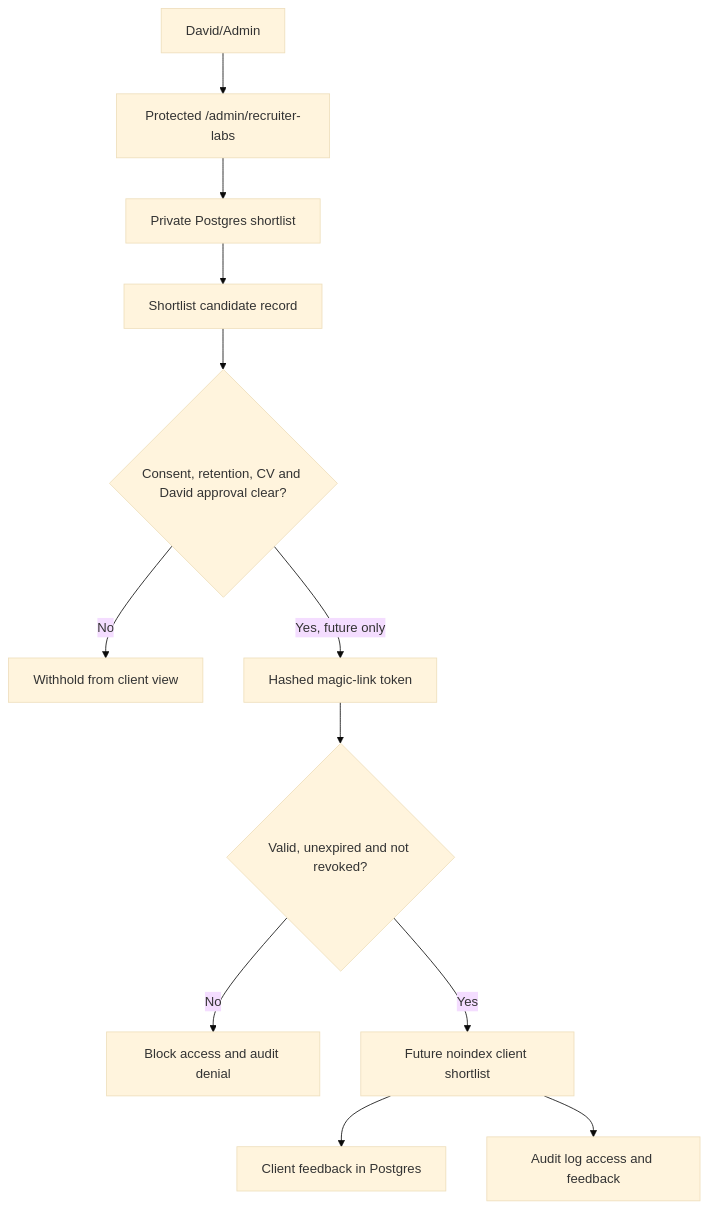
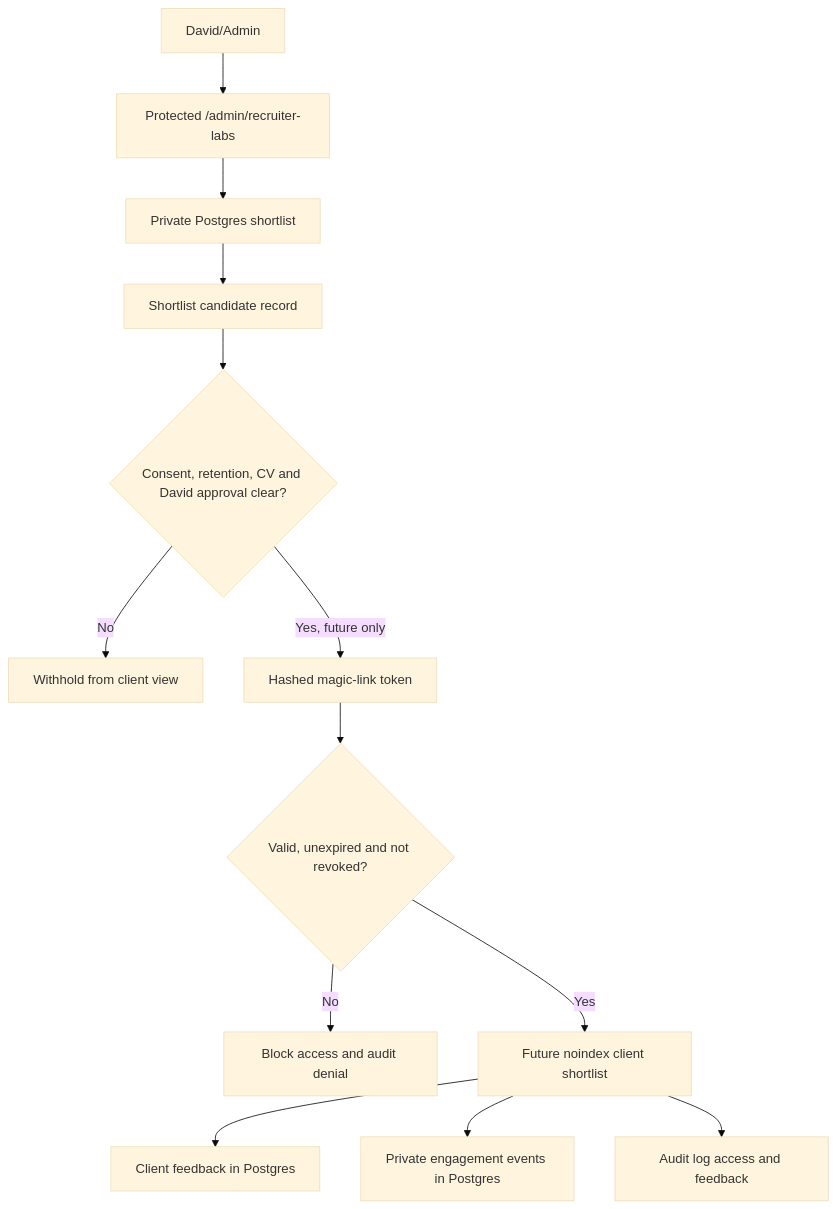
One commit to dwalsh8716-collab/Jobstodoincodex changed the diagram in docs/recruiter-labs-client-pipeline-launch-gate.md. Above: the diagram before and after it, drawn with Mermaid (base theme). The commit also changed other lines of this file and 16 other files, not shown here.

````diff
--- a/docs/recruiter-labs-client-pipeline-launch-gate.md
+++ b/docs/recruiter-labs-client-pipeline-launch-gate.md
@@ -147,14 +149,15 @@
 ```mermaid
 flowchart TD
   A["David/Admin"] --> B["Protected /admin/recruiter-labs"]
   B --> C["Private Postgres shortlist"]
   C --> D["Shortlist candidate record"]
   D --> E{"Consent, retention, CV and David approval clear?"}
   E -- "No" --> F["Withhold from client view"]
   E -- "Yes, future only" --> G["Hashed magic-link token"]
   G --> H{"Valid, unexpired and not revoked?"}
   H -- "No" --> I["Block access and audit denial"]
   H -- "Yes" --> J["Future noindex client shortlist"]
   J --> K["Client feedback in Postgres"]
-  J --> L["Audit log access and feedback"]
+  J --> L["Private engagement events in Postgres"]
+  J --> M["Audit log access and feedback"]
 ```
````
